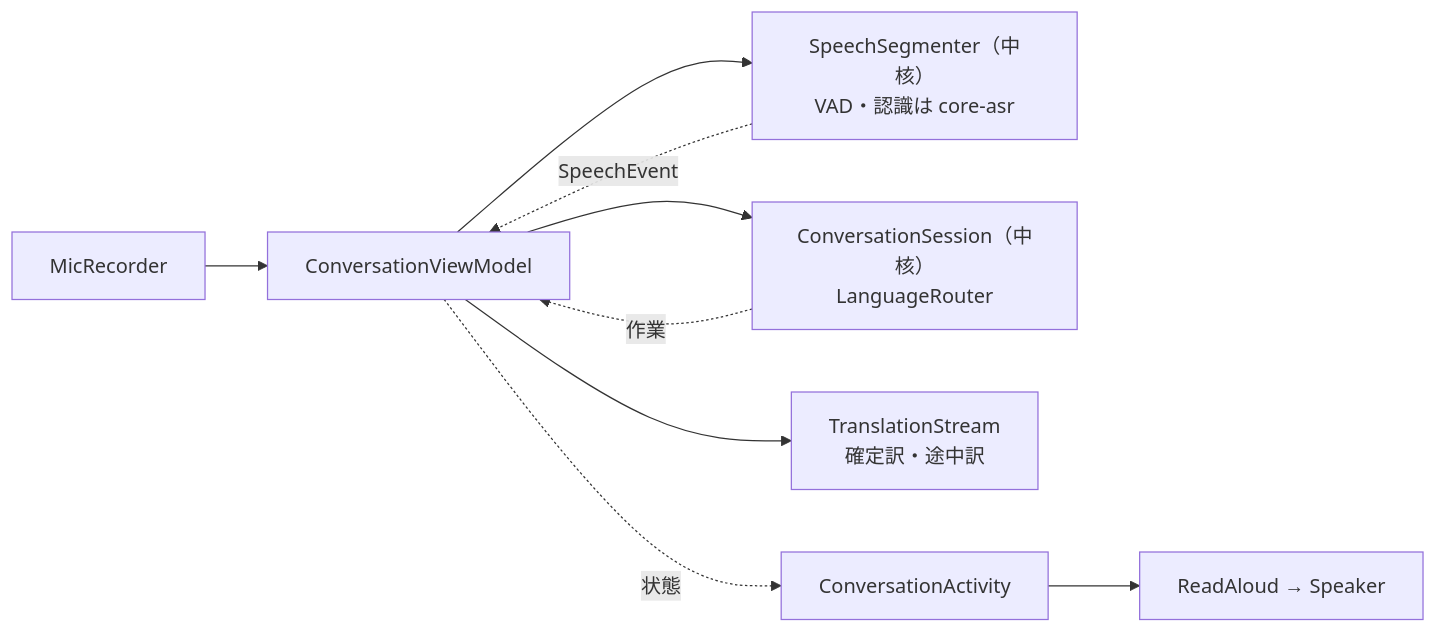
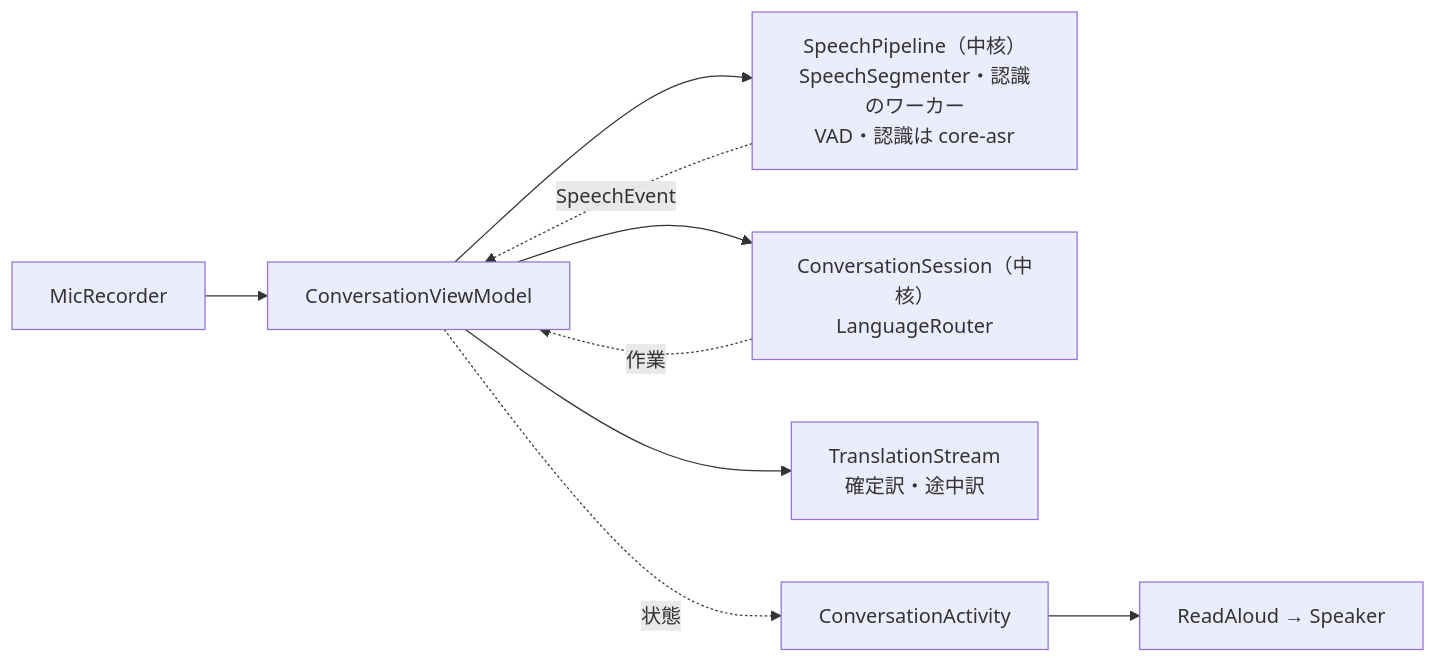
Before and after one commit to kagerouttepaso/PlamoTranslate: the fourth of 5 diagrams in docs/設計/アーキテクチャ.md, drawn with Mermaid. The commit also changed other lines of this file and 21 other files, not shown here.

````diff
--- a/docs/設計/アーキテクチャ.md
+++ b/docs/設計/アーキテクチャ.md
@@ -328,11 +328,11 @@
 ```mermaid
 flowchart LR
   MIC["MicRecorder"] --> CVM["ConversationViewModel"]
-  CVM --> SEG["SpeechSegmenter（中核）<br>VAD・認識は core-asr"]
+  CVM --> SEG["SpeechPipeline（中核）<br>SpeechSegmenter・認識のワーカー<br>VAD・認識は core-asr"]
   SEG -. SpeechEvent .-> CVM
   CVM --> CS["ConversationSession（中核）<br>LanguageRouter"]
   CS -. 作業 .-> CVM
   CVM --> TS["TranslationStream<br>確定訳・途中訳"]
   CVM -. 状態 .-> UI["ConversationActivity"]
   UI --> RA["ReadAloud → Speaker"]
 ```
````
